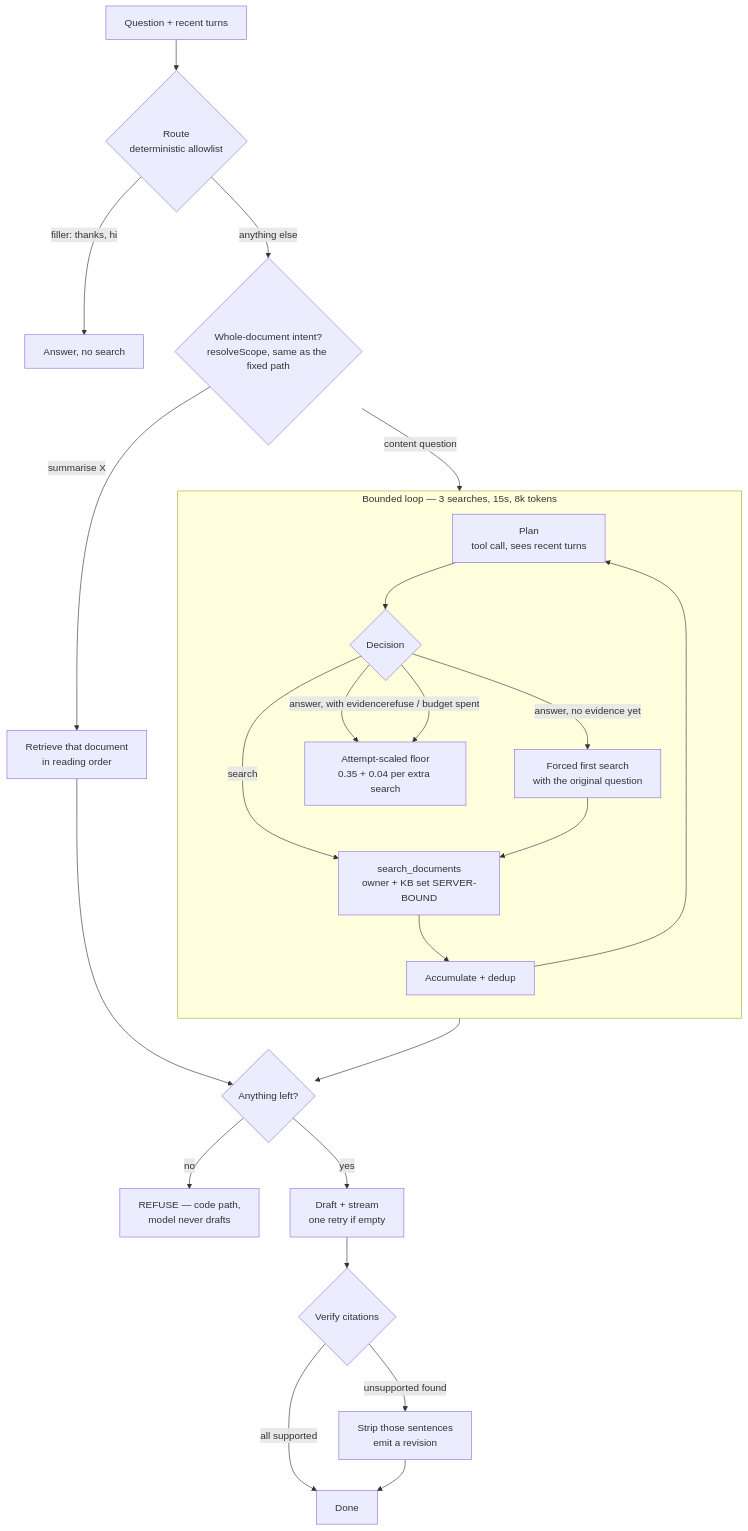
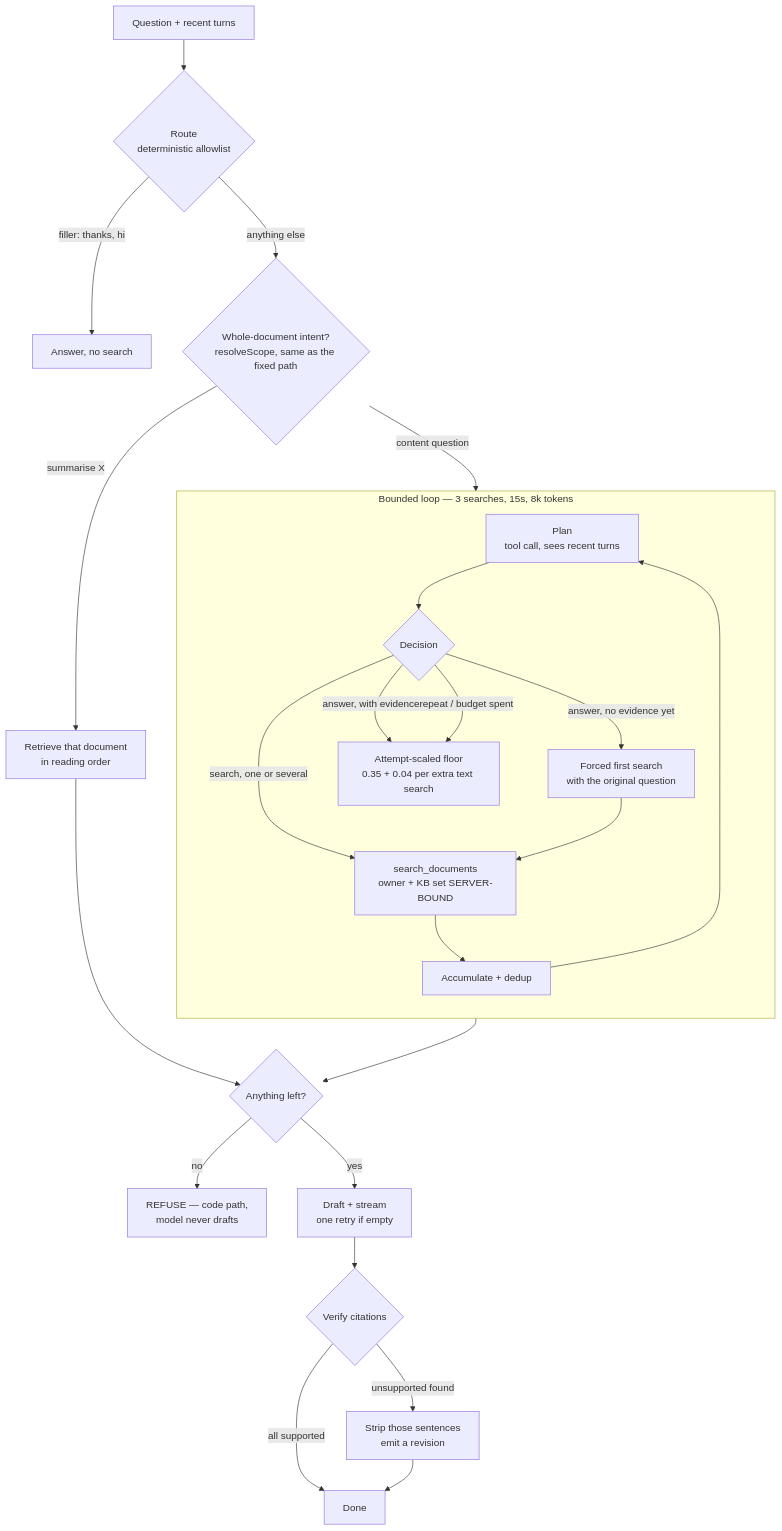
One commit to devdaviddr/nextjs-rag-boilerplate changed the seventh of 7 diagrams in docs/rag.md. Above: the diagram before and after it, drawn with Mermaid. The commit also changed other lines of this file and 19 other files, not shown here.

````diff
--- a/docs/rag.md
+++ b/docs/rag.md
@@ -1193,29 +1193,29 @@
 ```mermaid
 flowchart TB
     Q["Question + recent turns"] --> RT{"Route<br>deterministic allowlist"}
     RT -->|"filler: thanks, hi"| ANS["Answer, no search"]
     RT -->|"anything else"| SC{"Whole-document intent?<br>resolveScope, same as the fixed path"}
     SC -->|"summarise X"| WD["Retrieve that document<br>in reading order"]
     SC -->|"content question"| LOOP
 
     subgraph LOOP["Bounded loop — 3 searches, 15s, 8k tokens"]
         direction TB
         PL["Plan<br>tool call, sees recent turns"] --> D{"Decision"}
-        D -->|"search"| SR["search_documents<br>owner + KB set SERVER-BOUND"]
+        D -->|"search, one or several"| SR["search_documents<br>owner + KB set SERVER-BOUND"]
         D -->|"answer, no evidence yet"| FORCE["Forced first search<br>with the original question"]
         FORCE --> SR
         SR --> ACC["Accumulate + dedup"]
         ACC --> PL
         D -->|"answer, with evidence"| OUT
-        D -->|"refuse / budget spent"| OUT
+        D -->|"repeat / budget spent"| OUT
     end
 
-    OUT["Attempt-scaled floor<br>0.35 + 0.04 per extra search"] --> GATE{"Anything left?"}
+    OUT["Attempt-scaled floor<br>0.35 + 0.04 per extra text search"] --> GATE{"Anything left?"}
     WD --> GATE
     GATE -->|no| REF["REFUSE — code path,<br>model never drafts"]
     GATE -->|yes| DRAFT["Draft + stream<br>one retry if empty"]
     DRAFT --> VER{"Verify citations"}
     VER -->|"unsupported found"| STRIP["Strip those sentences<br>emit a revision"]
     VER -->|"all supported"| DONE["Done"]
     STRIP --> DONE
 ```
````
